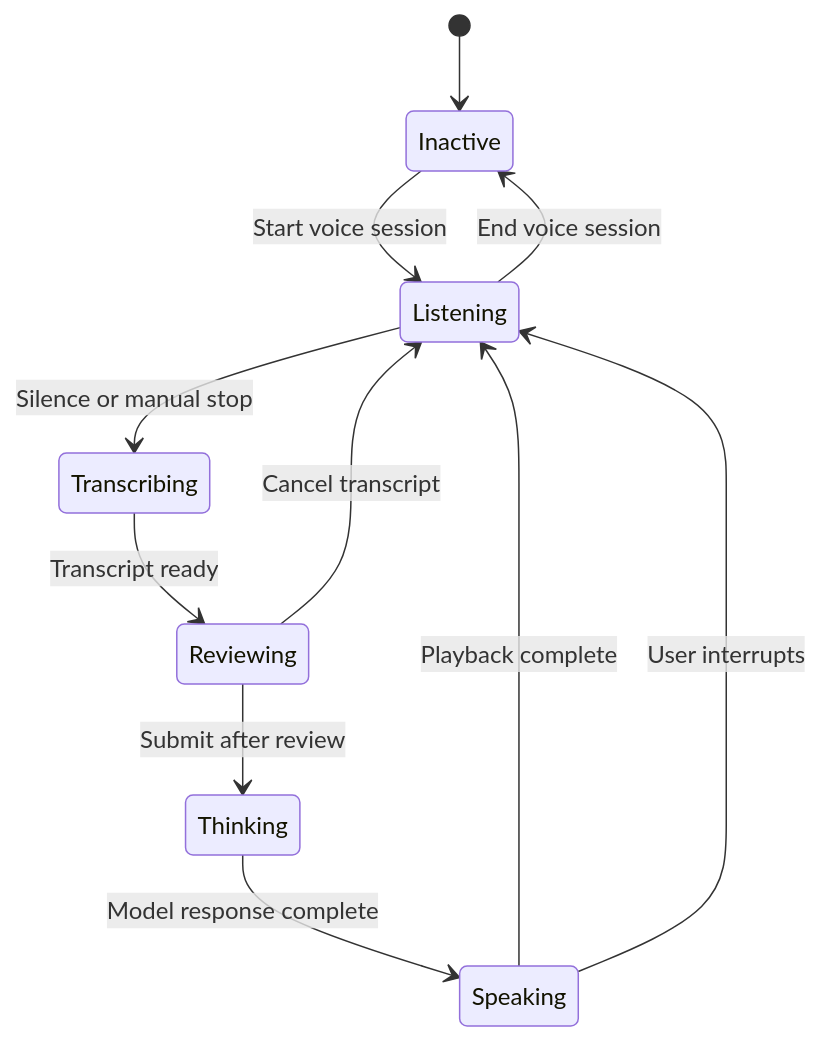
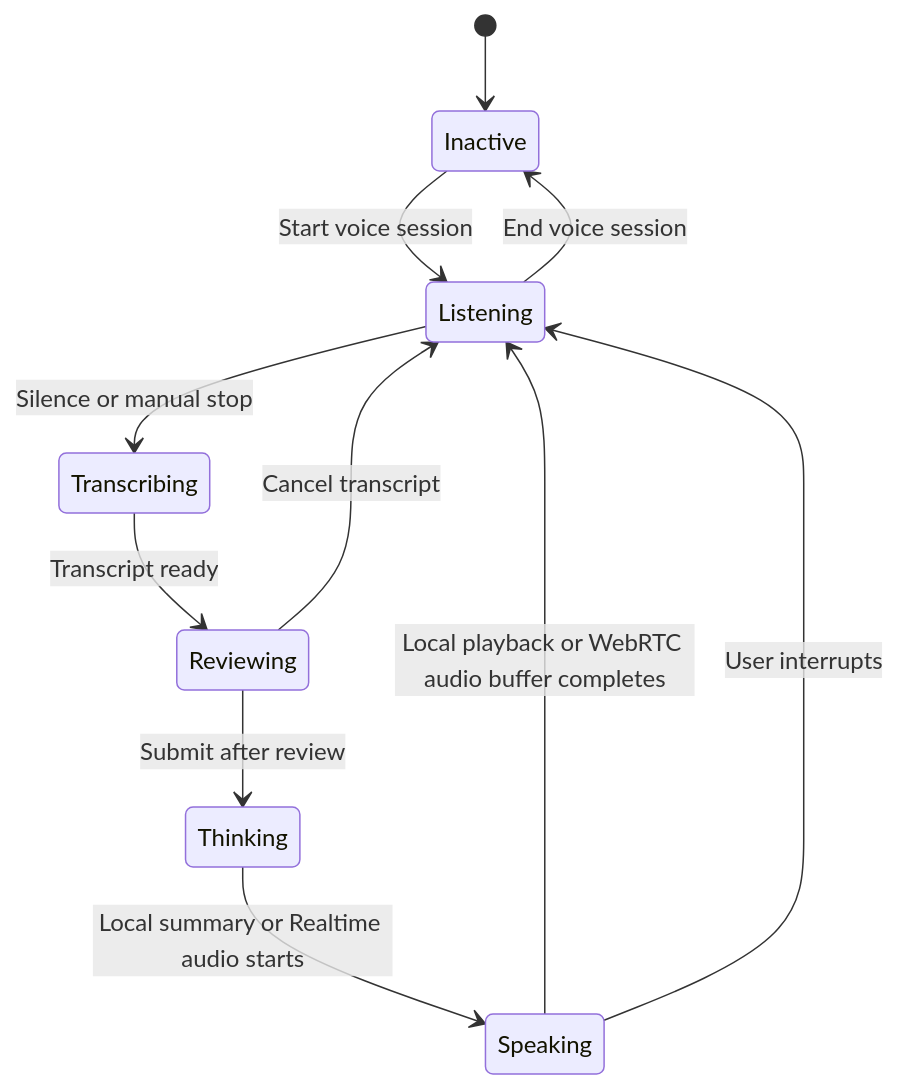
The second of 2 diagrams in docs/TECHNICAL_SPEC.md (xmthl/vscode-voiceplus), drawn with Mermaid before and after one commit. The commit also changed other lines of this file and 13 other files, not shown here.

````diff
--- a/docs/TECHNICAL_SPEC.md
+++ b/docs/TECHNICAL_SPEC.md
@@ -45,13 +57,13 @@
 ```mermaid
 stateDiagram-v2
     [*] --> Inactive
     Inactive --> Listening: Start voice session
     Listening --> Transcribing: Silence or manual stop
     Transcribing --> Reviewing: Transcript ready
     Reviewing --> Thinking: Submit after review
-    Thinking --> Speaking: Model response complete
-    Speaking --> Listening: Playback complete
+    Thinking --> Speaking: Local summary or Realtime audio starts
+    Speaking --> Listening: Local playback or WebRTC audio buffer completes
     Speaking --> Listening: User interrupts
     Listening --> Inactive: End voice session
     Reviewing --> Listening: Cancel transcript
 ```
````
